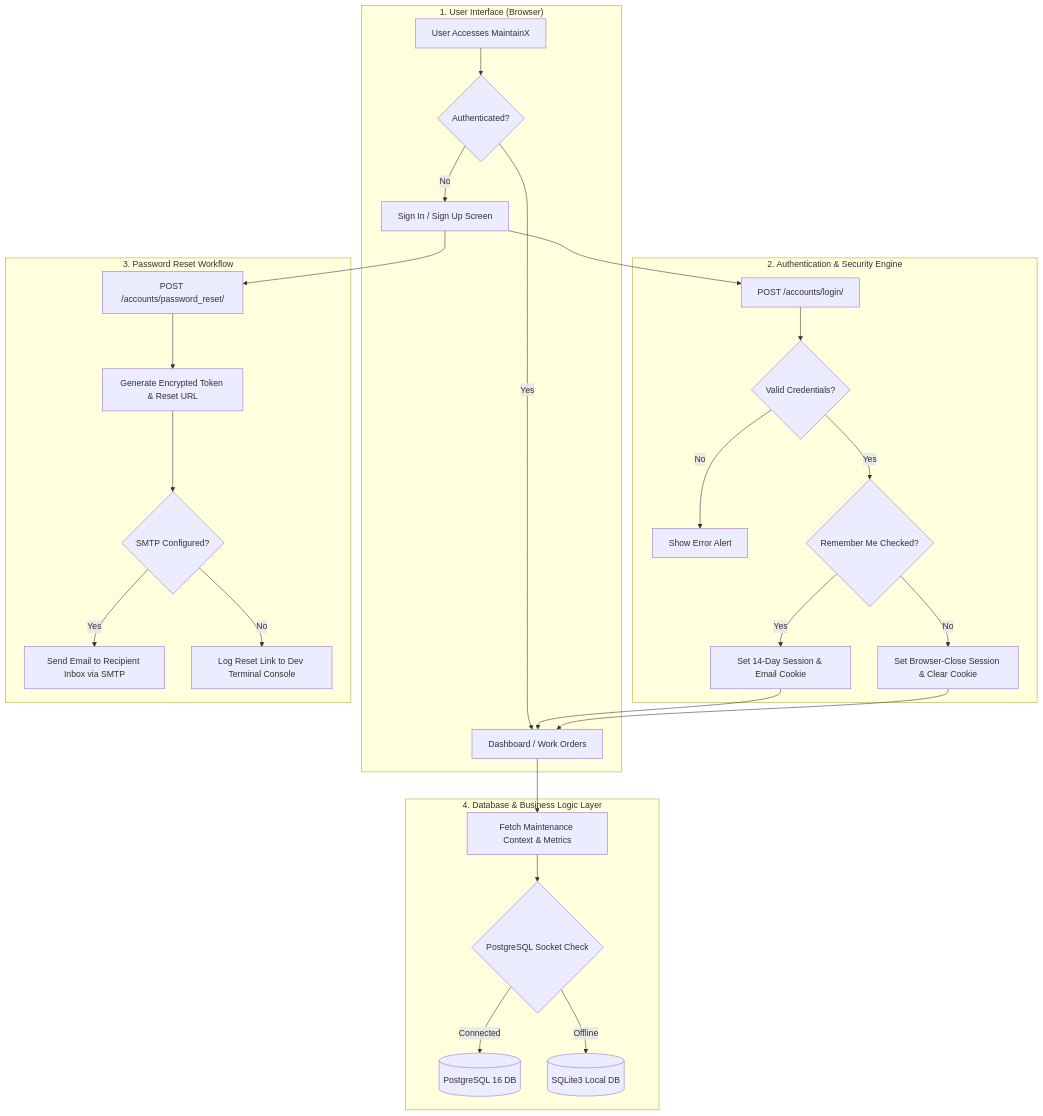
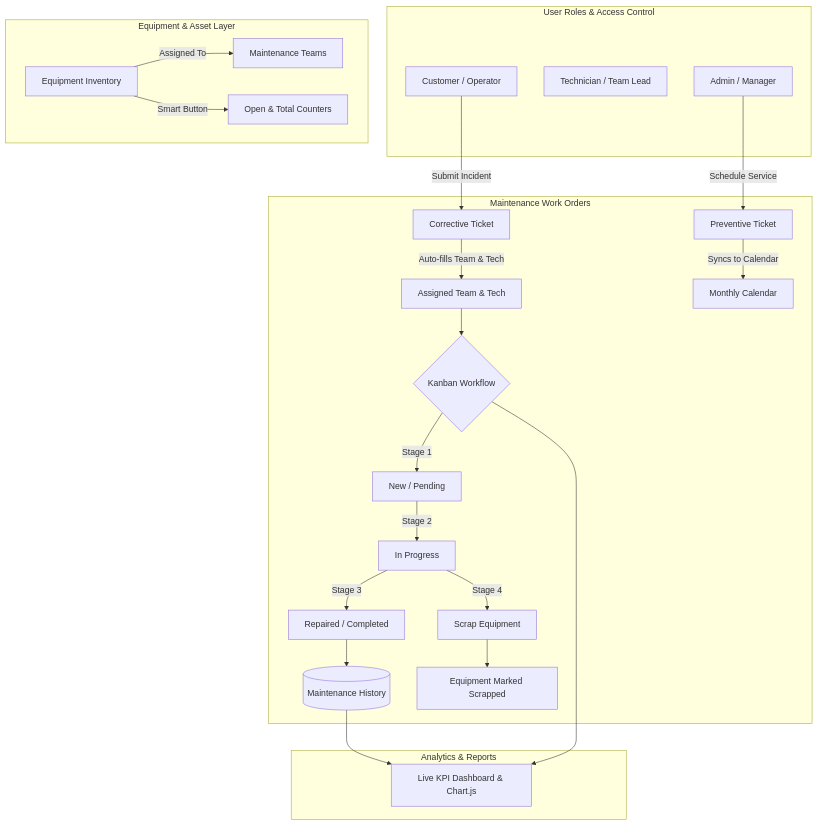
One commit to devil123-maker/MaintainX---Maintenance-and-Equipement-Management-Platform changed the diagram in README.md. Above: the diagram before and after it, drawn with Mermaid. The commit also changed other lines of this file and 23 other files, not shown here.

````diff
--- a/README.md
+++ b/README.md
@@ -35,34 +70,37 @@
 ```mermaid
 flowchart TD
-    subgraph Client ["1. User Interface (Browser)"]
-        A[User Accesses MaintainX] --> B{Authenticated?}
-        B -- No --> C[Sign In / Sign Up Screen]
-        B -- Yes --> D[Dashboard / Work Orders]
+    subgraph Users ["User Roles & Access Control"]
+        Admin[Admin / Manager]
+        Tech[Technician / Team Lead]
+        Cust[Customer / Operator]
     end
 
-    subgraph Auth ["2. Authentication & Security Engine"]
-        C --> E[POST /accounts/login/]
-        E --> F{Valid Credentials?}
-        F -- No --> G[Show Error Alert]
-        F -- Yes --> H{Remember Me Checked?}
-        H -- Yes --> I[Set 14-Day Session & Email Cookie]
-        H -- No --> J[Set Browser-Close Session & Clear Cookie]
-        I --> D
-        J --> D
+    subgraph EquipmentHub ["Equipment & Asset Layer"]
+        Eq[Equipment Inventory]
+        Team[Maintenance Teams]
+        Eq -->|Assigned To| Team
+        Eq -->|Smart Button| SmartStats[Open & Total Counters]
     end
 
-    subgraph Reset ["3. Password Reset Workflow"]
-        C --> K[POST /accounts/password_reset/]
-        K --> L[Generate Encrypted Token & Reset URL]
-        L --> M{SMTP Configured?}
-        M -- Yes --> N[Send Email to Recipient Inbox via SMTP]
-        M -- No --> O[Log Reset Link to Dev Terminal Console]
+    subgraph MaintenanceFlow ["Maintenance Work Orders"]
+        Cust -->|Submit Incident| CorrectiveReq[Corrective Ticket]
+        Admin -->|Schedule Service| PrevReq[Preventive Ticket]
+        
+        CorrectiveReq -->|Auto-fills Team & Tech| Dispatch[Assigned Team & Tech]
+        PrevReq -->|Syncs to Calendar| Cal[Monthly Calendar]
+        
+        Dispatch --> Kanban{Kanban Workflow}
+        Kanban -->|Stage 1| StatusNew[New / Pending]
+        StatusNew -->|Stage 2| StatusProg[In Progress]
+        StatusProg -->|Stage 3| StatusDone[Repaired / Completed]
+        StatusProg -->|Stage 4| StatusScrap[Scrap Equipment]
+        
+        StatusDone --> History[(Maintenance History)]
+        StatusScrap --> Decommission[Equipment Marked Scrapped]
     end
 
-    subgraph Data ["4. Database & Business Logic Layer"]
-        D --> P[Fetch Maintenance Context & Metrics]
-        P --> Q{PostgreSQL Socket Check}
-        Q -- Connected --> R[(PostgreSQL 16 DB)]
-        Q -- Offline --> S[(SQLite3 Local DB)]
+    subgraph Intelligence ["Analytics & Reports"]
+        History --> Analytics[Live KPI Dashboard & Chart.js]
+        Kanban --> Analytics
     end
 ```
````
